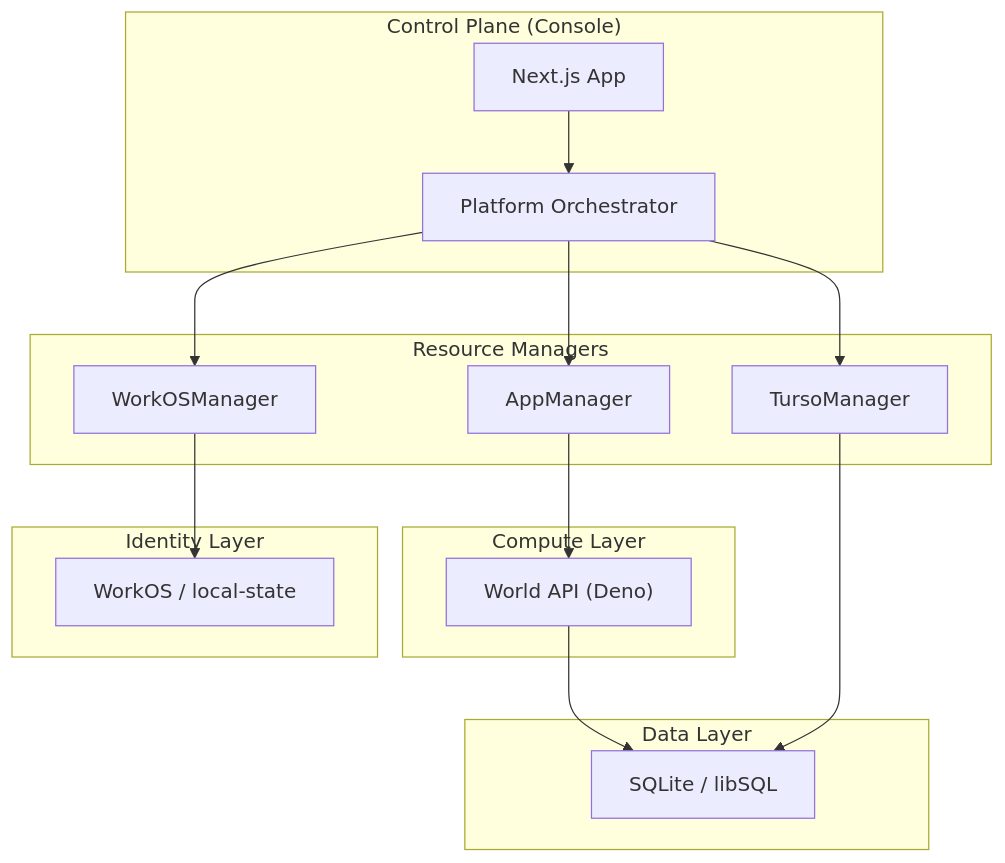
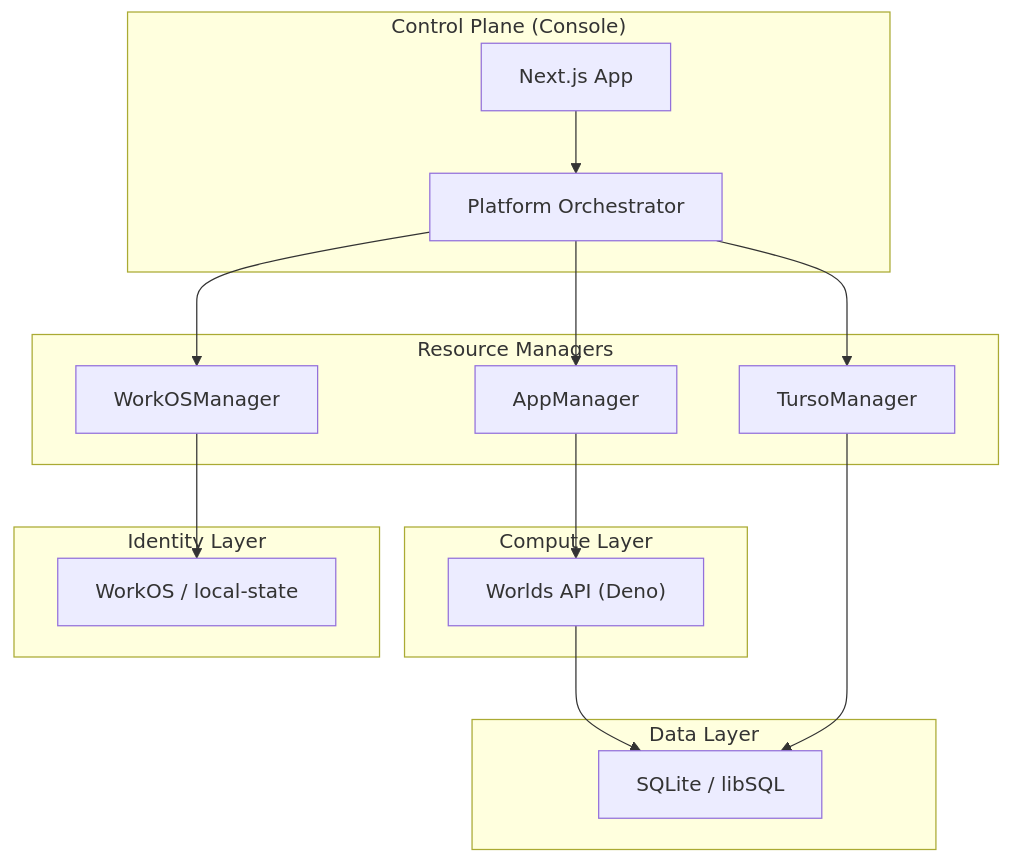
The diagram in packages/docs/architecture/overview.mdx (wazootech/worlds), drawn with Mermaid before and after one commit. The commit also changed 6 other files, not shown here.

Commit message:
refactor: unify Worlds API key naming and implement optional authentication

````diff
--- a/packages/docs/architecture/overview.mdx
+++ b/packages/docs/architecture/overview.mdx
@@ -22,25 +22,25 @@
 ```mermaid
 graph TD
     subgraph "Control Plane (Console)"
         Console[Next.js App] --> Platform[Platform Orchestrator]
     end
 
     subgraph "Resource Managers"
         Platform --> WorkOSManager
         Platform --> AppManager
         Platform --> TursoManager
     end
 
     subgraph "Compute Layer"
-        AppManager --> WorldServer["World API (Deno)"]
+        AppManager --> WorldServer["Worlds API (Deno)"]
     end
 
     subgraph "Data Layer"
         WorldServer --> SQLite["SQLite / libSQL"]
         TursoManager --> SQLite
     end
 
     subgraph "Identity Layer"
         WorkOSManager --> AuthKIT["WorkOS / local-state"]
     end
 ```
````
